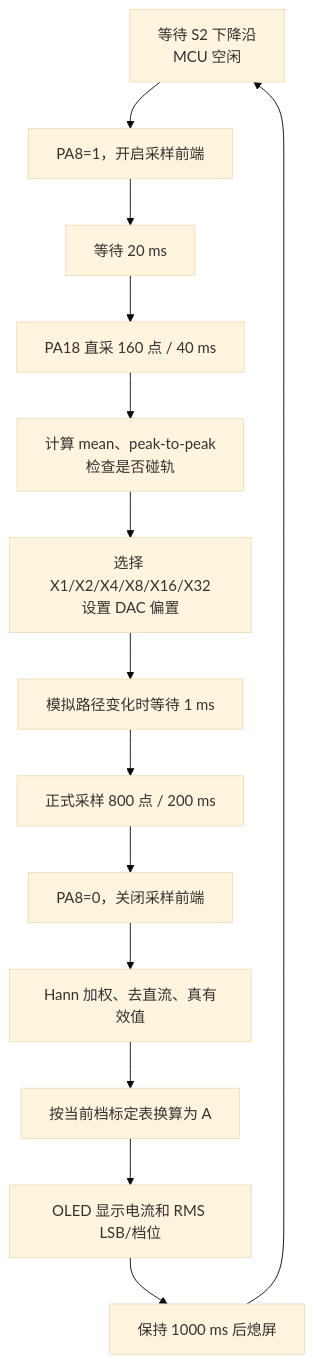
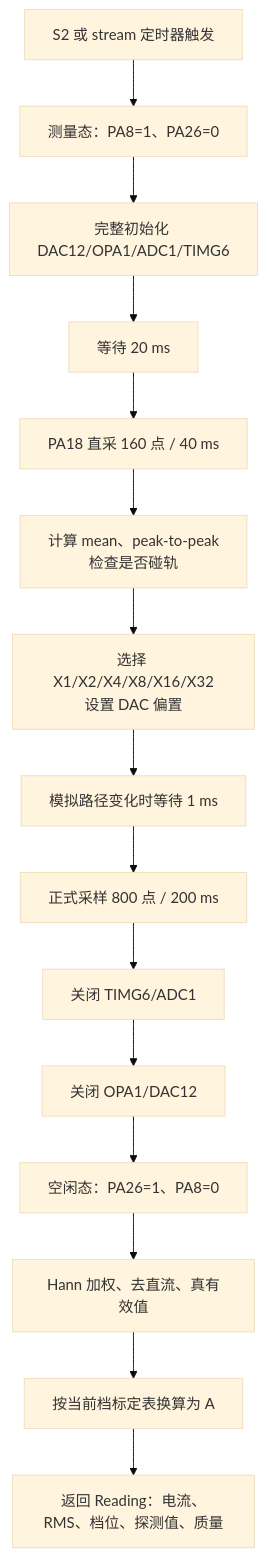
One commit to one-night-standby/passive-ac-ammeter-and-wireless-reader changed the fourth of 5 diagrams in docs/本地项目完整方案_硬件与软件.md. Above: the diagram before and after it, drawn with Mermaid (base theme). The commit also changed other lines of this file, not shown here.

````diff
--- a/docs/本地项目完整方案_硬件与软件.md
+++ b/docs/本地项目完整方案_硬件与软件.md
@@ -364,16 +395,17 @@
 ```mermaid
 flowchart TD
-    IDLE["等待 S2 下降沿<br/>MCU 空闲"] --> AFEON["PA8=1，开启采样前端"]
-    AFEON --> WAIT["等待 20 ms"]
+    START["S2 或 stream 定时器触发"] --> AFEON["测量态：PA8=1、PA26=0"]
+    AFEON --> INIT["完整初始化 DAC12/OPA1/ADC1/TIMG6"]
+    INIT --> WAIT["等待 20 ms"]
     WAIT --> PROBE["PA18 直采 160 点 / 40 ms"]
     PROBE --> STATS["计算 mean、peak-to-peak<br/>检查是否碰轨"]
     STATS --> RANGE["选择 X1/X2/X4/X8/X16/X32<br/>设置 DAC 偏置"]
     RANGE --> SETTLE["模拟路径变化时等待 1 ms"]
     SETTLE --> FRAME["正式采样 800 点 / 200 ms"]
-    FRAME --> AFEOFF["PA8=0，关闭采样前端"]
+    FRAME --> PD1["关闭 TIMG6/ADC1"]
+    PD1 --> PD2["关闭 OPA1/DAC12"]
+    PD2 --> AFEOFF["空闲态：PA26=1、PA8=0"]
     AFEOFF --> RMS["Hann 加权、去直流、真有效值"]
     RMS --> CAL["按当前档标定表换算为 A"]
-    CAL --> DISP["OLED 显示电流和 RMS LSB/档位"]
-    DISP --> HOLD["保持 1000 ms 后熄屏"]
-    HOLD --> IDLE
+    CAL --> OUT["返回 Reading：电流、RMS、档位、探测值、质量"]
 ```
````
